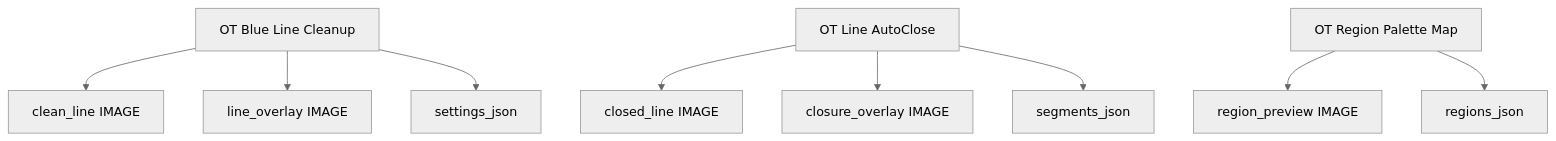
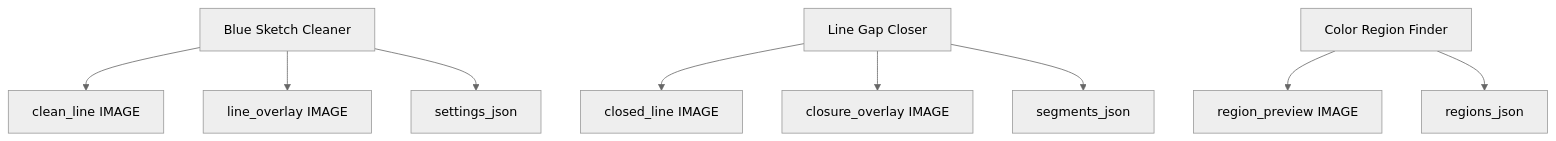
The third of 3 diagrams in docs/visual_pipeline.md (l2dnjsrud/ComfyUI-OpenToonzLineTools), drawn with Mermaid (neutral theme) before and after one commit. The commit also changed other lines of this file and 3 other files, not shown here.

````diff
--- a/docs/visual_pipeline.md
+++ b/docs/visual_pipeline.md
@@ -38,11 +38,11 @@
 ```mermaid
 flowchart TD
-    A[OT Blue Line Cleanup] --> A1[clean_line IMAGE]
+    A[Blue Sketch Cleaner] --> A1[clean_line IMAGE]
     A --> A2[line_overlay IMAGE]
     A --> A3[settings_json]
-    B[OT Line AutoClose] --> B1[closed_line IMAGE]
+    B[Line Gap Closer] --> B1[closed_line IMAGE]
     B --> B2[closure_overlay IMAGE]
     B --> B3[segments_json]
-    C[OT Region Palette Map] --> C1[region_preview IMAGE]
+    C[Color Region Finder] --> C1[region_preview IMAGE]
     C --> C2[regions_json]
 ```
````
